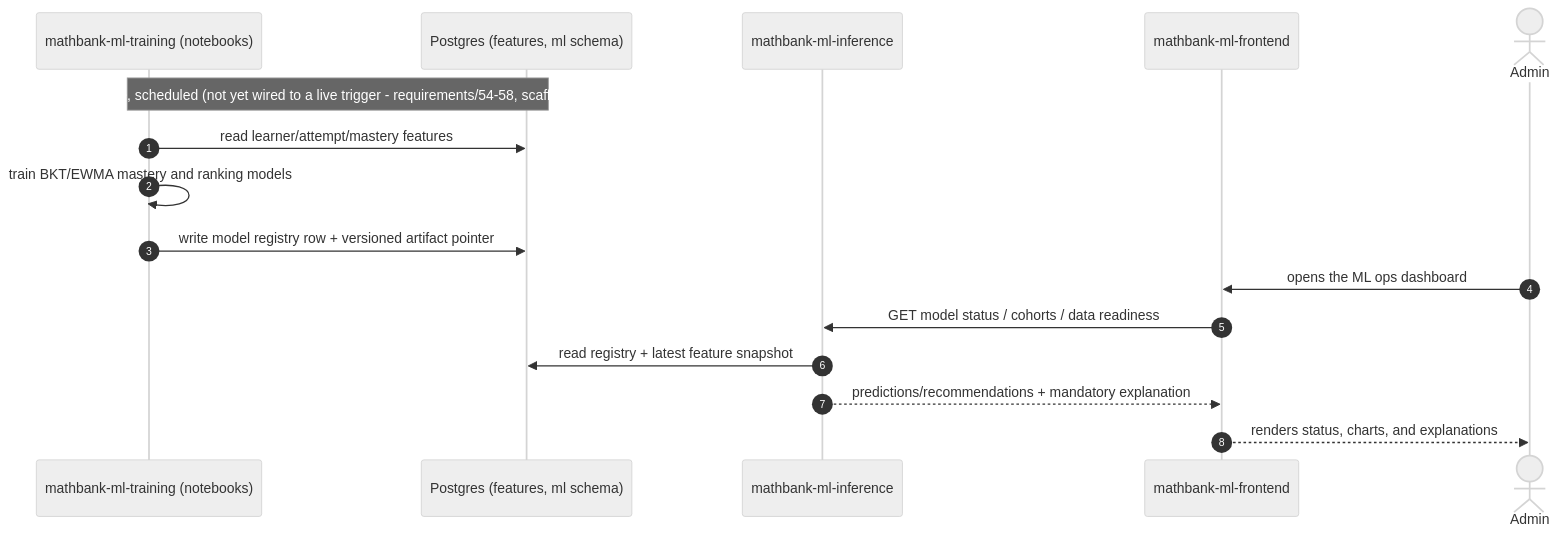
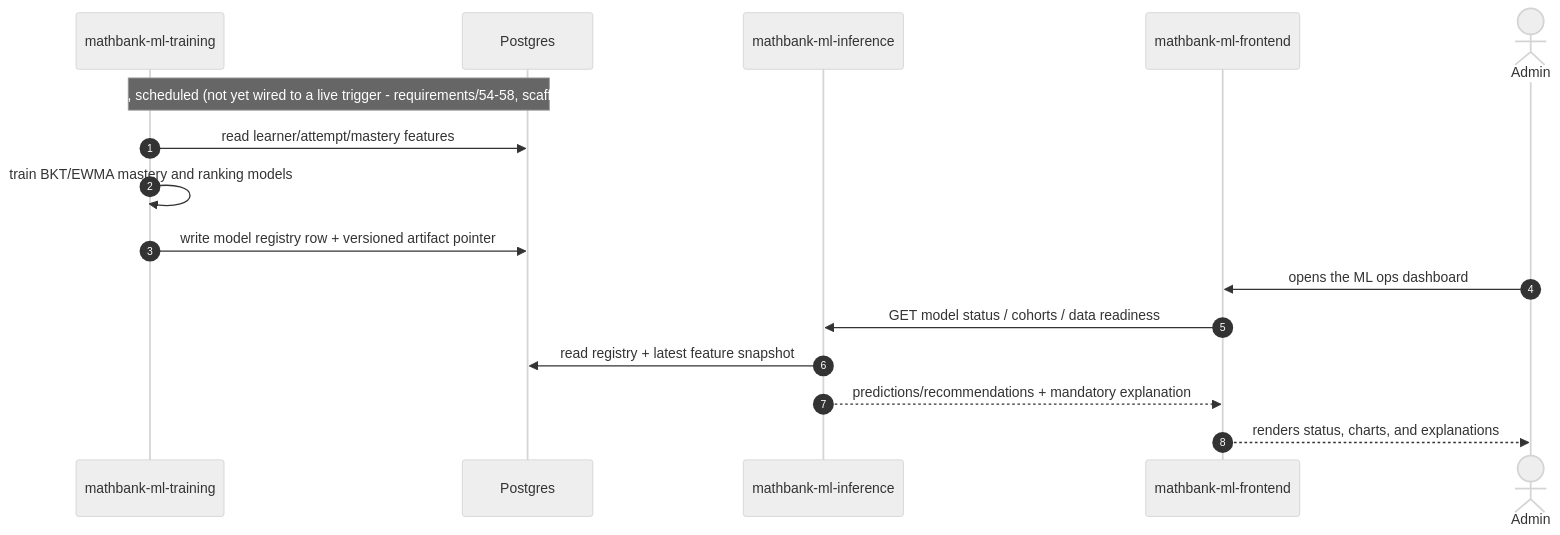
Before and after one commit to sutanuchaudhuri/knowledge-bank-ingestion: the eighth of 11 diagrams in README.md, drawn with Mermaid (neutral theme). The commit also changed other lines of this file, not shown here.

````diff
--- a/README.md
+++ b/README.md
@@ -372,19 +372,19 @@
 ```mermaid
 sequenceDiagram
     autonumber
-    participant Nb as mathbank-ml-training (notebooks)
-    participant PG as Postgres (features, ml schema)
+    participant Nb as mathbank-ml-training
+    participant PG as Postgres
     participant Inf as mathbank-ml-inference
     participant Dash as mathbank-ml-frontend
     actor Admin
 
     Note over Nb,PG: Offline, scheduled (not yet wired to a live trigger - requirements/54-58, scaffolded)
     Nb->>PG: read learner/attempt/mastery features
     Nb->>Nb: train BKT/EWMA mastery and ranking models
     Nb->>PG: write model registry row + versioned artifact pointer
     Admin->>Dash: opens the ML ops dashboard
     Dash->>Inf: GET model status / cohorts / data readiness
     Inf->>PG: read registry + latest feature snapshot
     Inf-->>Dash: predictions/recommendations + mandatory explanation
     Dash-->>Admin: renders status, charts, and explanations
 ```
````
